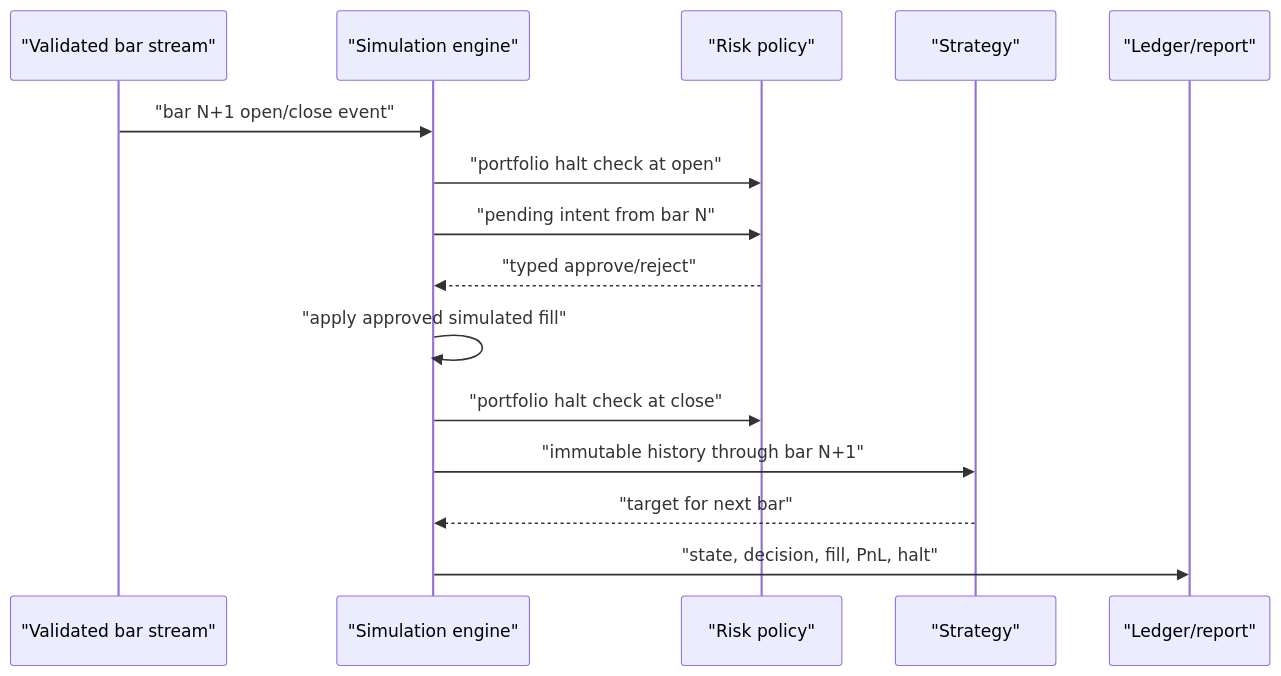
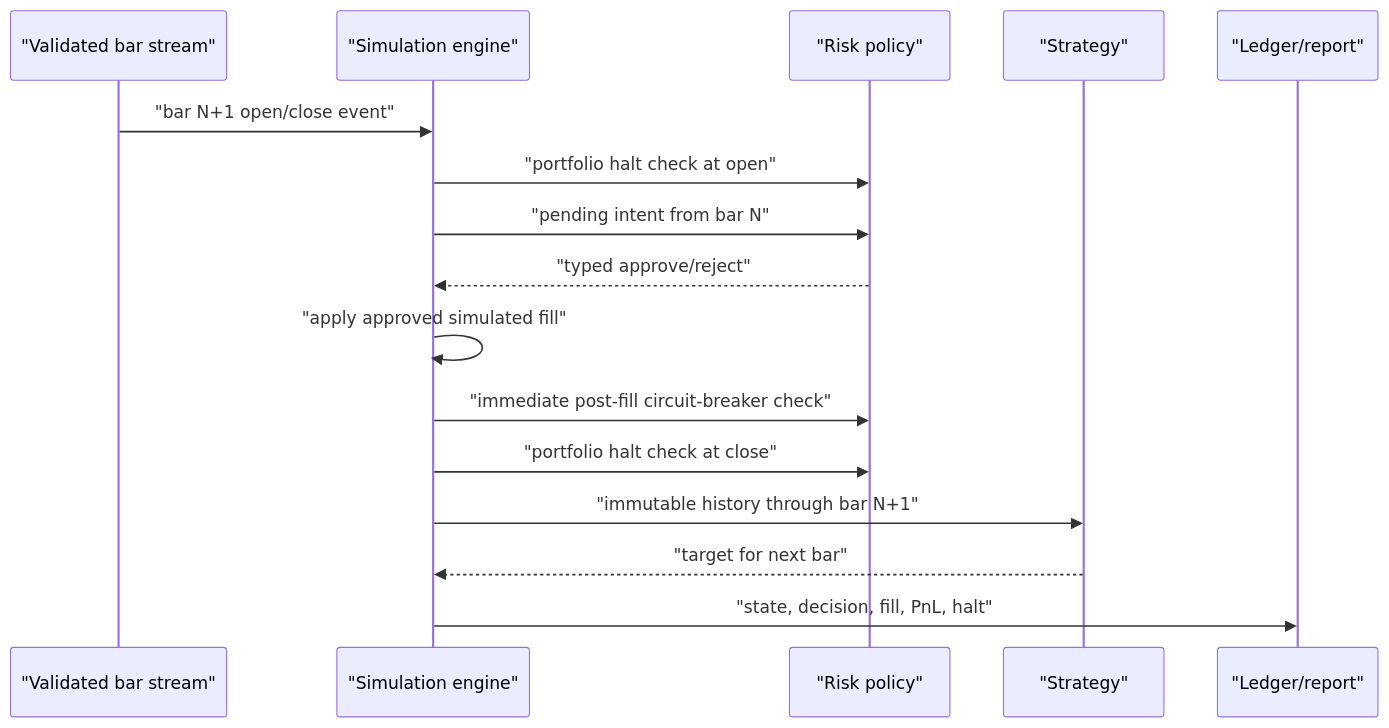
One commit to WaZaHaKa/trading-bot-lab changed the third of 3 diagrams in docs/architecture.md. Above: the diagram before and after it, drawn with Mermaid. The commit also changed other lines of this file and 85 other files, not shown here.

````diff
--- a/docs/architecture.md
+++ b/docs/architecture.md
@@ -48,17 +76,18 @@
 ```mermaid
 sequenceDiagram
     participant CSV as "Validated bar stream"
     participant Engine as "Simulation engine"
     participant Risk as "Risk policy"
     participant Strategy as "Strategy"
     participant Report as "Ledger/report"
     CSV->>Engine: "bar N+1 open/close event"
     Engine->>Risk: "portfolio halt check at open"
     Engine->>Risk: "pending intent from bar N"
     Risk-->>Engine: "typed approve/reject"
     Engine->>Engine: "apply approved simulated fill"
+    Engine->>Risk: "immediate post-fill circuit-breaker check"
     Engine->>Risk: "portfolio halt check at close"
     Engine->>Strategy: "immutable history through bar N+1"
     Strategy-->>Engine: "target for next bar"
     Engine->>Report: "state, decision, fill, PnL, halt"
 ```
````
